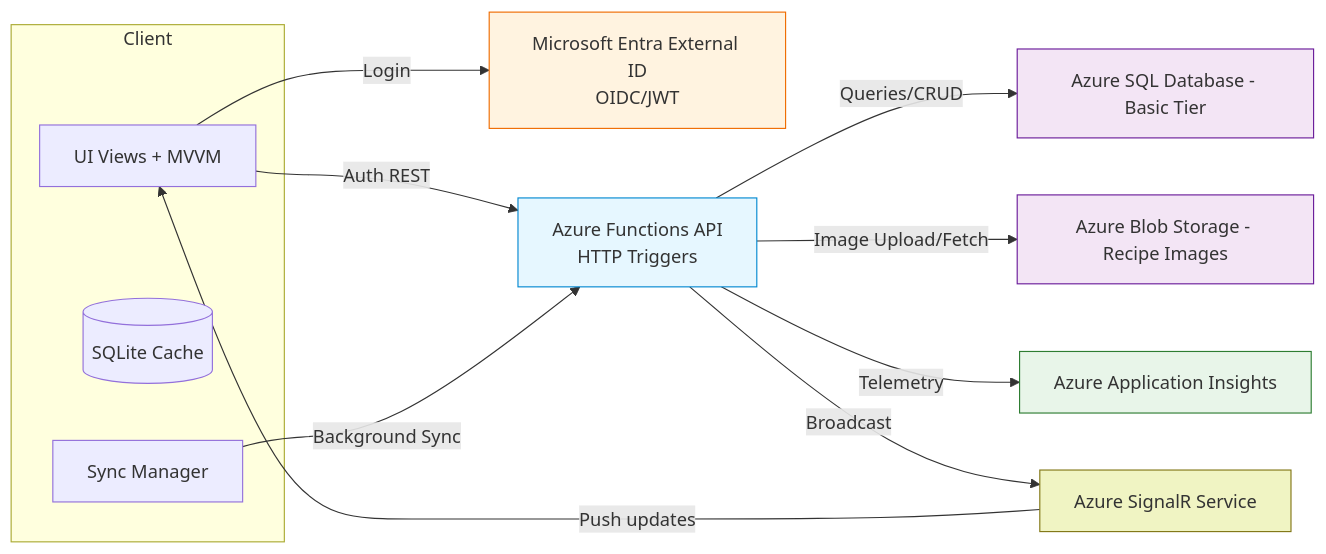
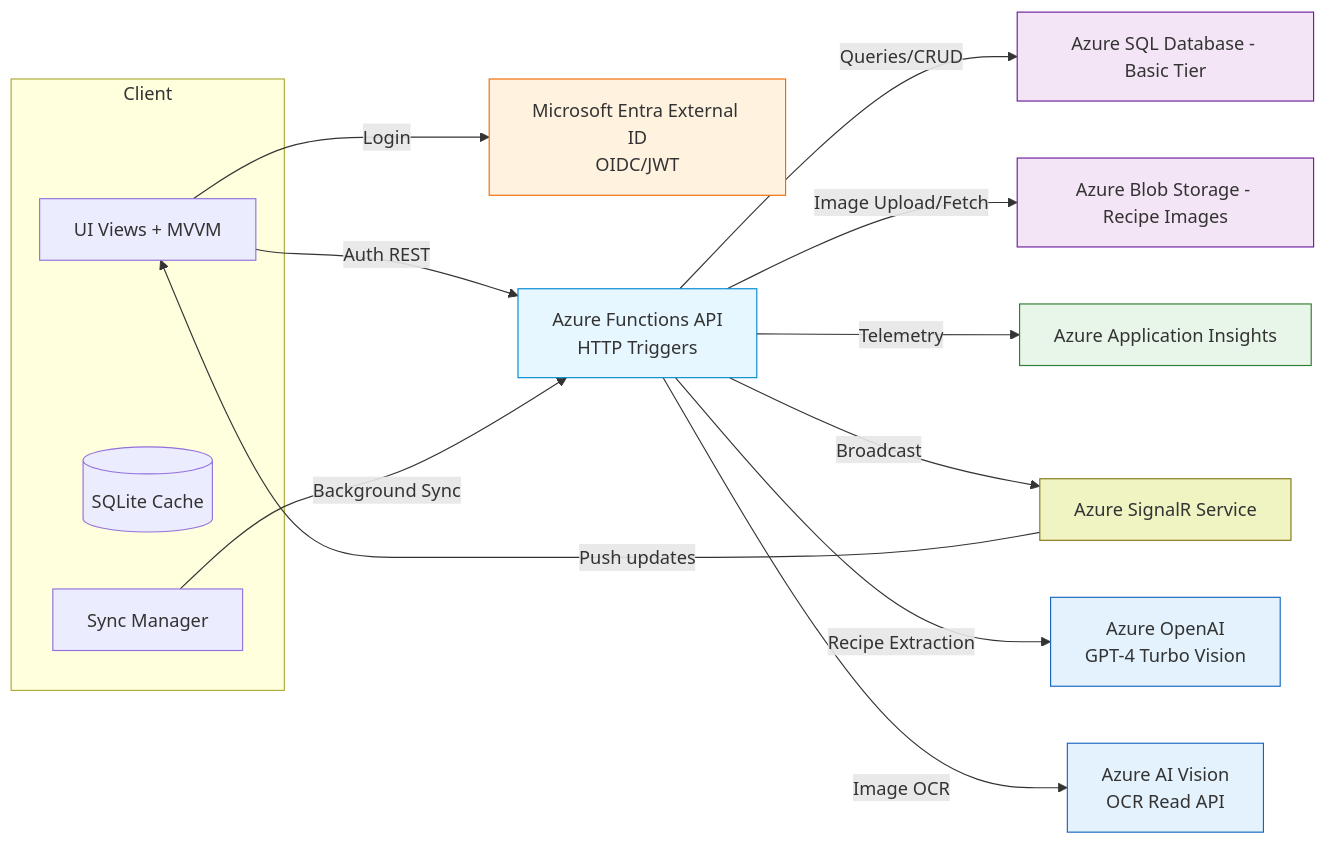
One commit to BShiffAVA/MealPlanOrganizer changed the first of 8 diagrams in docs/architecture/ARCHITECTURE.md. Above: the diagram before and after it, drawn with Mermaid. The commit also changed other lines of this file and 7 other files, not shown here.

````diff
--- a/docs/architecture/ARCHITECTURE.md
+++ b/docs/architecture/ARCHITECTURE.md
@@ -22,30 +23,35 @@
 ```mermaid
 flowchart LR
   subgraph Client
         UI[UI Views + MVVM]
         LocalDB[(SQLite Cache)]
         Sync[Sync Manager]
     end
 
     ExternalID[Microsoft Entra External ID<br/>OIDC/JWT]:::sec
     AF[Azure Functions API<br/>HTTP Triggers]:::svc
     SQL[Azure SQL Database - Basic Tier]:::data
     BLOB[Azure Blob Storage - Recipe Images]:::data
     AI[Azure Application Insights]:::ops
     SIG[Azure SignalR Service]:::opt
+    OPENAI[Azure OpenAI<br/>GPT-4 Turbo Vision]:::ai
+    VISION[Azure AI Vision<br/>OCR Read API]:::ai
 
     UI -- Login --> ExternalID
     UI -- Auth REST --> AF
     Sync -- Background Sync --> AF
     AF -- Queries/CRUD --> SQL
     AF -- Image Upload/Fetch --> BLOB
     AF -- Telemetry --> AI
     AF -- Broadcast --> SIG
+    AF -- Recipe Extraction --> OPENAI
+    AF -- Image OCR --> VISION
     SIG -- Push updates --> UI
 
     classDef svc fill:#e6f7ff,stroke:#0288d1,stroke-width:1px;
     classDef sec fill:#fff3e0,stroke:#ef6c00,stroke-width:1px;
     classDef data fill:#f3e5f5,stroke:#6a1b9a,stroke-width:1px;
     classDef ops fill:#e8f5e9,stroke:#2e7d32,stroke-width:1px;
     classDef opt fill:#f0f4c3,stroke:#827717,stroke-width:1px;
+    classDef ai fill:#e3f2fd,stroke:#1565c0,stroke-width:1px;
 ```
````
